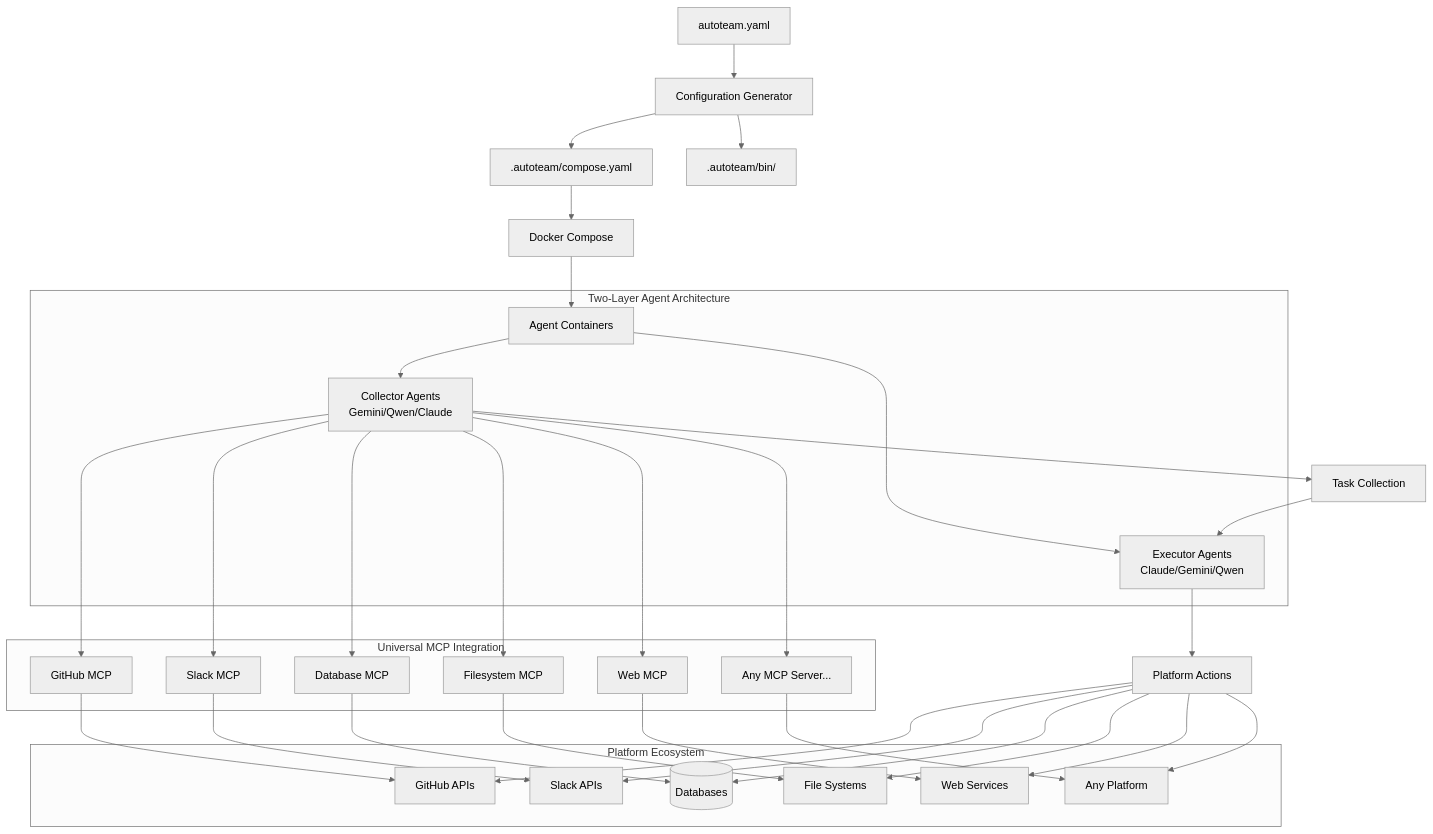
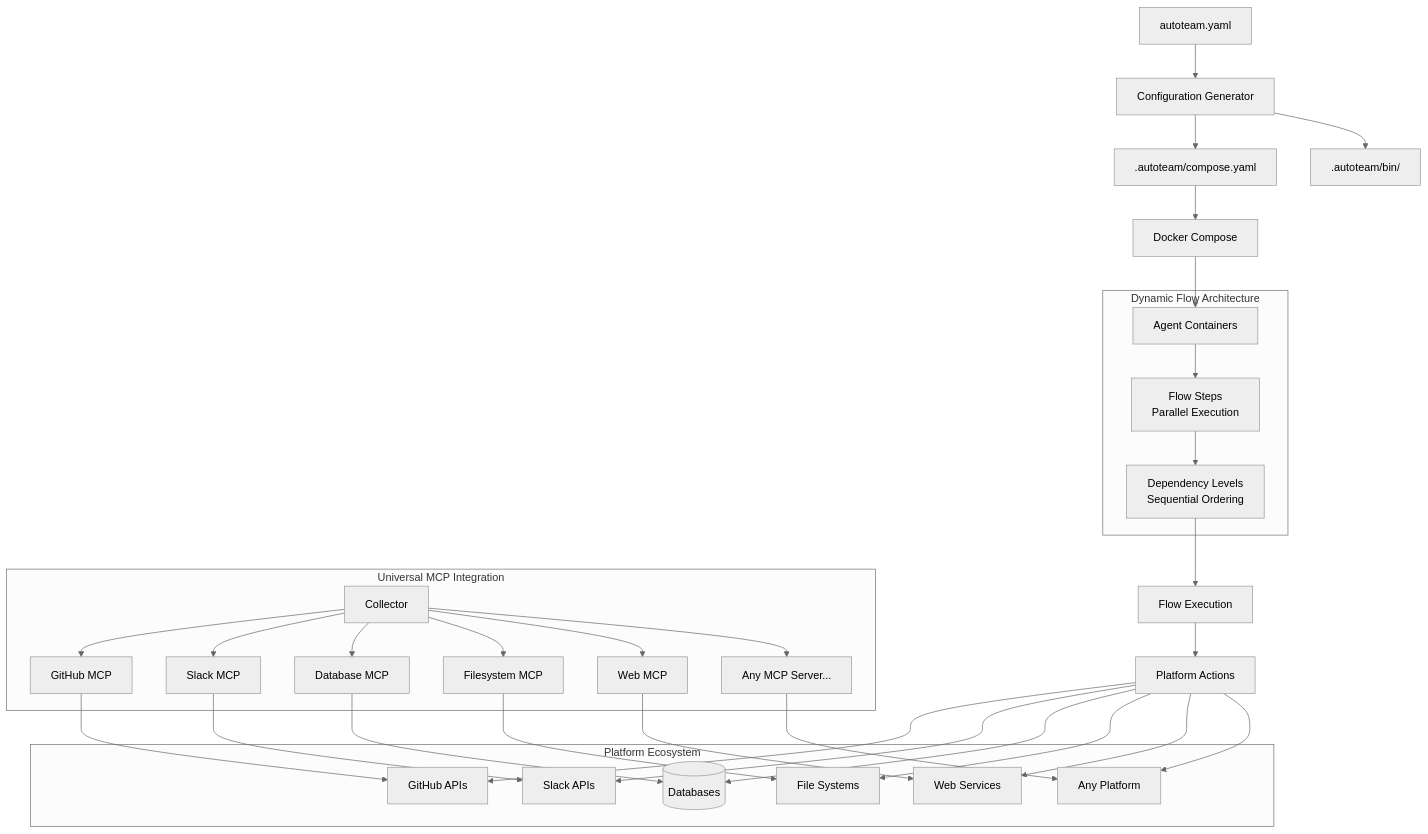
The diagram in README.md (diazoxide/autoteam), drawn with Mermaid (neutral theme) before and after one commit. The commit also changed other lines of this file and 2 other files, not shown here.

First line of the commit message:
docs: update documentation for dynamic flow system and sleep-based monitoring

````diff
--- a/README.md
+++ b/README.md
@@ -483,42 +636,41 @@
 ```mermaid
 graph TB
     Config[autoteam.yaml] --> Generator[Configuration Generator]
     Generator --> Compose[.autoteam/compose.yaml]
     Generator --> Binaries[.autoteam/bin/]
     
     Compose --> Docker[Docker Compose]
     Docker --> AgentContainers[Agent Containers]
     
-    subgraph "Two-Layer Agent Architecture"
-        AgentContainers --> Collector[Collector Agents<br/>Gemini/Qwen/Claude]
-        AgentContainers --> Executor[Executor Agents<br/>Claude/Gemini/Qwen]
+    subgraph "Dynamic Flow Architecture"
+        AgentContainers --> FlowSteps[Flow Steps<br/>Parallel Execution]
+        FlowSteps --> DependencyLevels[Dependency Levels<br/>Sequential Ordering]
     end
     
     subgraph "Universal MCP Integration"
         Collector --> MCP1[GitHub MCP]
         Collector --> MCP2[Slack MCP]
         Collector --> MCP3[Database MCP]
         Collector --> MCP4[Filesystem MCP]
         Collector --> MCP5[Web MCP]
         Collector --> MCPn[Any MCP Server...]
     end
     
     subgraph "Platform Ecosystem"
         MCP1 --> GitHub[GitHub APIs]
         MCP2 --> Slack[Slack APIs]
         MCP3 --> DB[(Databases)]
         MCP4 --> FS[File Systems]
         MCP5 --> Web[Web Services]
         MCPn --> Platform[Any Platform]
     end
     
-    Collector --> Tasks[Task Collection]
-    Tasks --> Executor
-    Executor --> Actions[Platform Actions]
+    DependencyLevels --> FlowExecution[Flow Execution]
+    FlowExecution --> Actions[Platform Actions]
     Actions --> GitHub
     Actions --> Slack  
     Actions --> DB
     Actions --> FS
     Actions --> Web
     Actions --> Platform
 ```
````
